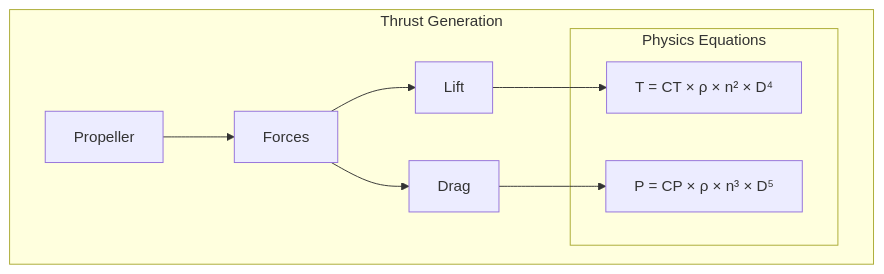
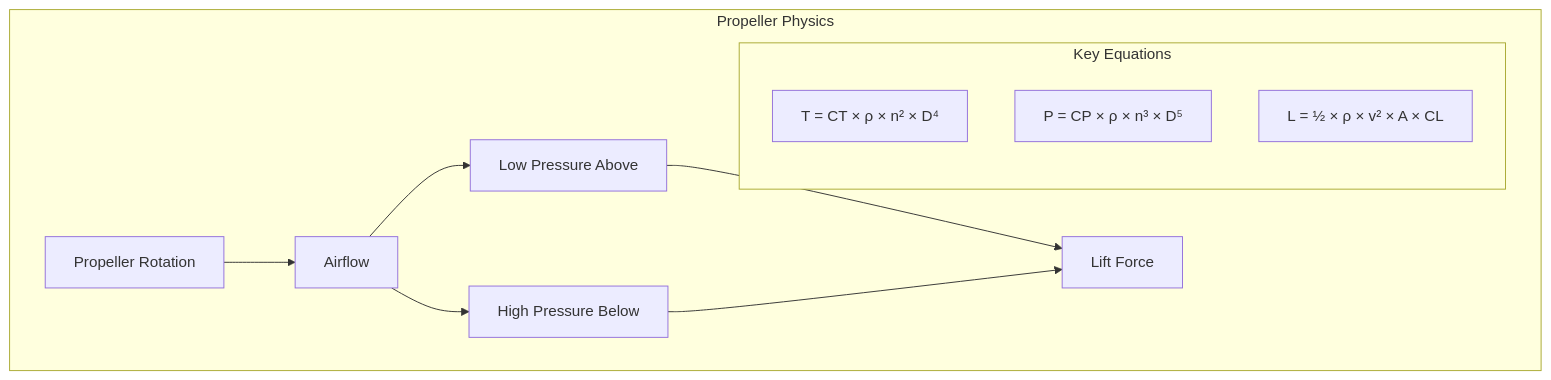
One commit to khairul-me/QuadcopterFromScratch changed the second of 4 diagrams in README.md. Above: the diagram before and after it, drawn with Mermaid. The commit also changed other lines of this file, not shown here.

````diff
--- a/README.md
+++ b/README.md
@@ -60,17 +82,16 @@
 ```mermaid
 graph TB
-    subgraph "Thrust Generation"
-        P[Propeller] --> F[Forces]
+    subgraph "Propeller Physics"
+        P[Propeller Rotation] --> AF[Airflow]
+        AF --> LP[Low Pressure Above]
+        AF --> HP[High Pressure Below]
+        LP --> L[Lift Force]
+        HP --> L
         
-        subgraph "Physics Equations"
+        subgraph "Key Equations"
             T["T = CT × ρ × n² × D⁴"]
             P1["P = CP × ρ × n³ × D⁵"]
+            L1["L = ½ × ρ × v² × A × CL"]
         end
-        
-        F --> L[Lift]
-        F --> D[Drag]
-        
-        L --> T
-        D --> P1
     end
 ```
````
